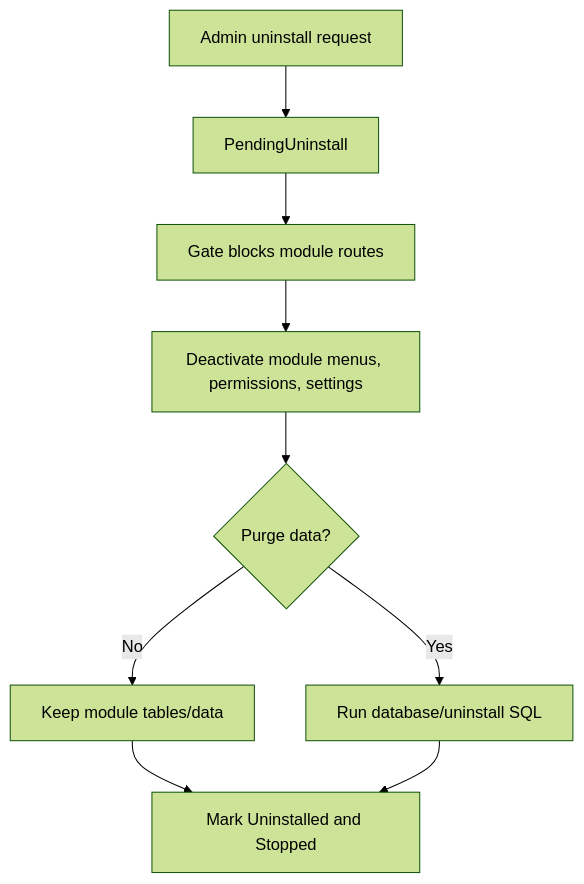
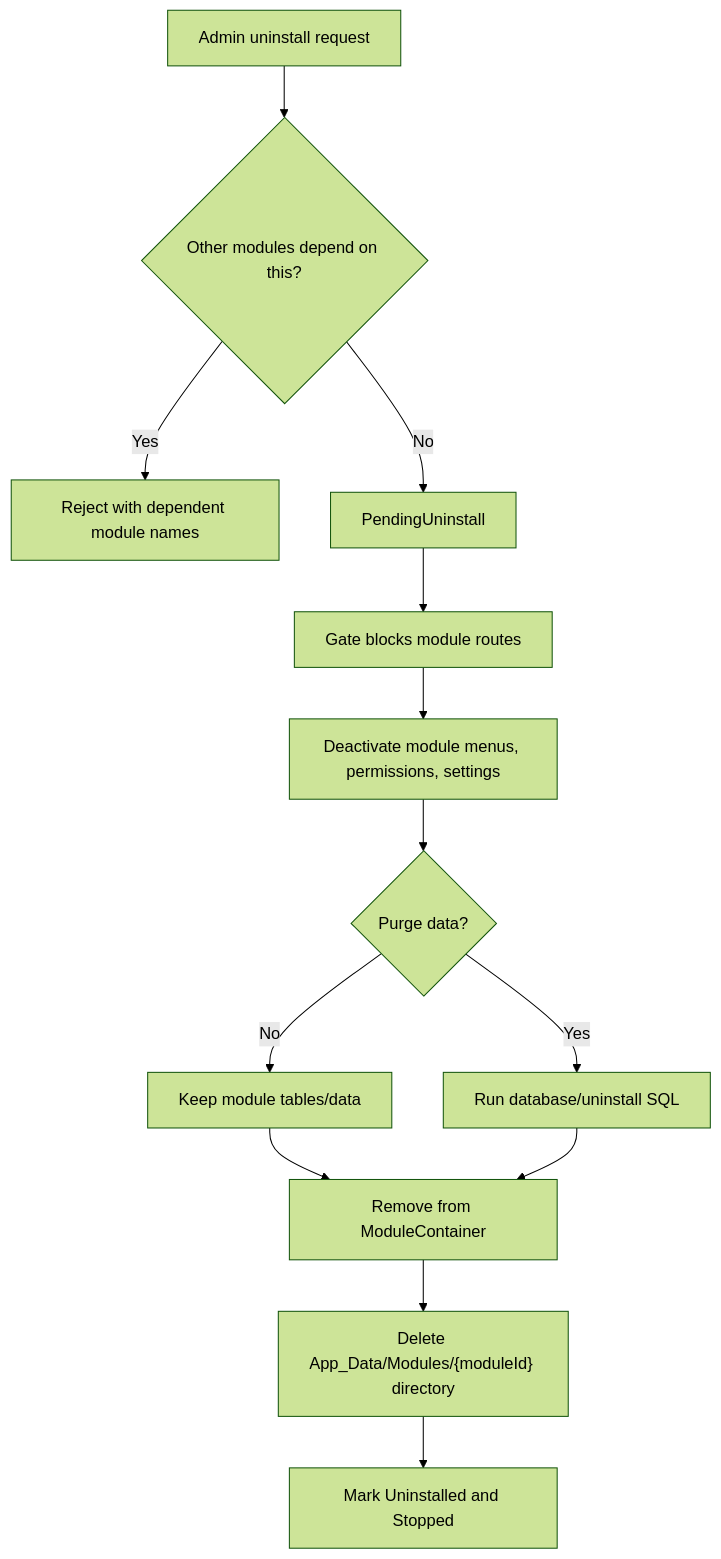
The fifth of 5 diagrams in MODULE_MANAGEMENT_BLUEPRINT.md (YangOne-Framework/YO-Framework), drawn with Mermaid (forest theme) before and after one commit. The commit also changed other lines of this file and 20 other files, not shown here.

````diff
--- a/MODULE_MANAGEMENT_BLUEPRINT.md
+++ b/MODULE_MANAGEMENT_BLUEPRINT.md
@@ -164,11 +176,15 @@
 ```mermaid
 flowchart TD
-    Request["Admin uninstall request"] --> Pending["PendingUninstall"]
+    Request["Admin uninstall request"] --> DependentCheck{"Other modules depend on this?"}
+    DependentCheck -->|Yes| Reject["Reject with dependent module names"]
+    DependentCheck -->|No| Pending["PendingUninstall"]
     Pending --> Block["Gate blocks module routes"]
     Block --> Deactivate["Deactivate module menus, permissions, settings"]
     Deactivate --> Purge{"Purge data?"}
     Purge -->|No| KeepData["Keep module tables/data"]
     Purge -->|Yes| RunPurge["Run database/uninstall SQL"]
-    KeepData --> Mark["Mark Uninstalled and Stopped"]
-    RunPurge --> Mark
+    KeepData --> Remove["Remove from ModuleContainer"]
+    RunPurge --> Remove
+    Remove --> CleanDisk["Delete App_Data/Modules/{moduleId} directory"]
+    CleanDisk --> Mark["Mark Uninstalled and Stopped"]
 ```
````
